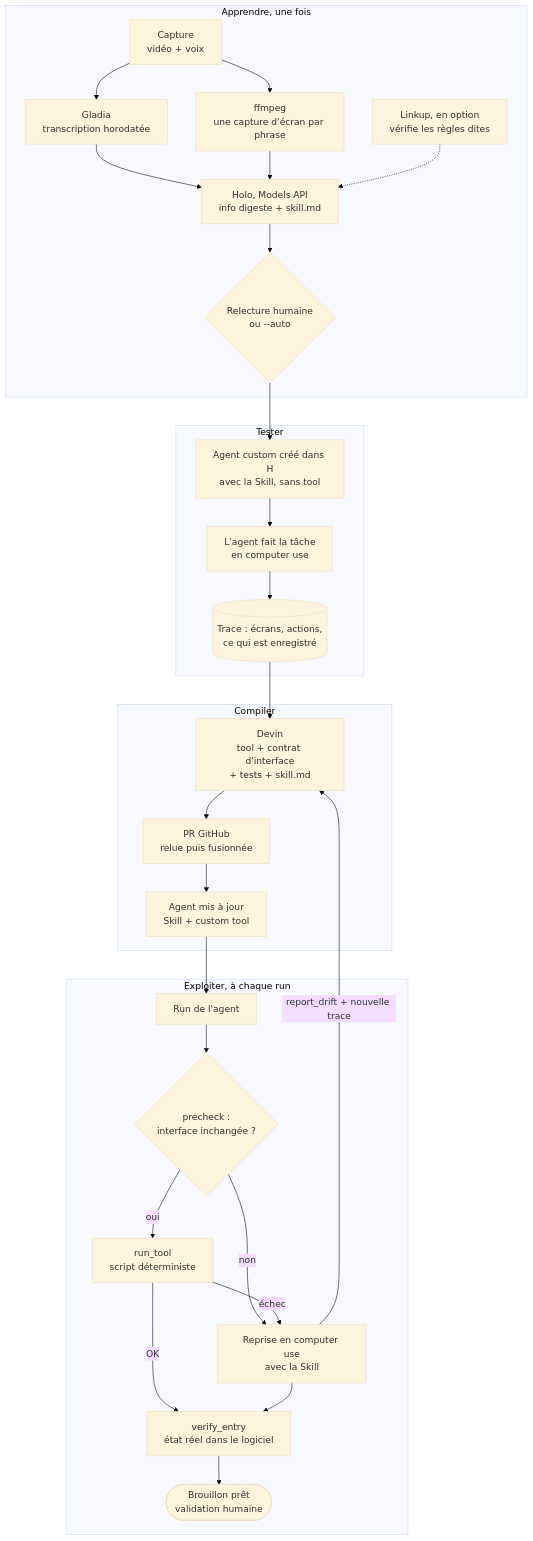
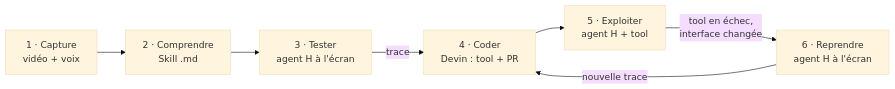
One commit to h-hackathon/show-me-once-hackathon-h changed the first of 2 diagrams in smo/PLAN.md. Above: the diagram before and after it, drawn with Mermaid (base theme). The commit also changed other lines of this file and 1 other file, not shown here.

Commit message:
SMO : fin de tour lue sur l'événement « idle », schéma du flow compact
- clients/h.py : drain s'arrête sur l'événement idle et plus sur le statut de session (avec un
  navigateur local, le statut repasse « running » 0,4 s après « idle » sans nouvelle consigne)
- PLAN.md : schéma en 6 étapes + tableau « qui fait quoi »

````diff
--- a/smo/PLAN.md
+++ b/smo/PLAN.md
@@ -9,32 +9,9 @@
 ```mermaid
-flowchart TD
-    subgraph A["Apprendre, une fois"]
-        CAP["Capture<br/>vidéo + voix"] --> GL["Gladia<br/>transcription horodatée"]
-        CAP --> FR["ffmpeg<br/>une capture d'écran par phrase"]
-        GL --> UND["Holo, Models API<br/>info digeste + skill.md"]
-        FR --> UND
-        LK["Linkup, en option<br/>vérifie les règles dites"] -.-> UND
-        UND --> REV{"Relecture humaine<br/>ou --auto"}
-    end
-    subgraph B["Tester"]
-        REV --> PROV["Agent custom créé dans H<br/>avec la Skill, sans tool"]
-        PROV --> TRIAL["L'agent fait la tâche<br/>en computer use"]
-        TRIAL --> TRACE[("Trace : écrans, actions,<br/>ce qui est enregistré")]
-    end
-    subgraph C["Compiler"]
-        TRACE --> DEVIN["Devin<br/>tool + contrat d'interface<br/>+ tests + skill.md"]
-        DEVIN --> PR["PR GitHub<br/>relue puis fusionnée"]
-        PR --> UP["Agent mis à jour<br/>Skill + custom tool"]
-    end
-    subgraph D["Exploiter, à chaque run"]
-        UP --> RUN["Run de l'agent"]
-        RUN --> PRE{"precheck :<br/>interface inchangée ?"}
-        PRE -- oui --> TOOL["run_tool<br/>script déterministe"]
-        PRE -- non --> CU["Reprise en computer use<br/>avec la Skill"]
-        TOOL -- échec --> CU
-        TOOL -- OK --> VER["verify_entry<br/>état réel dans le logiciel"]
-        CU --> VER
-        VER --> DONE(["Brouillon prêt<br/>validation humaine"])
-    end
-    CU -- "report_drift + nouvelle trace" --> DEVIN
+flowchart LR
+    A["1 · Capture<br/>vidéo + voix"] --> B["2 · Comprendre<br/>Skill .md"]
+    B --> C["3 · Tester<br/>agent H à l'écran"]
+    C -- trace --> D["4 · Coder<br/>Devin : tool + PR"]
+    D --> E["5 · Exploiter<br/>agent H + tool"]
+    E -- "tool en échec,<br/>interface changée" --> F["6 · Reprendre<br/>agent H à l'écran"]
+    F -- "nouvelle trace" --> D
 ```
````
